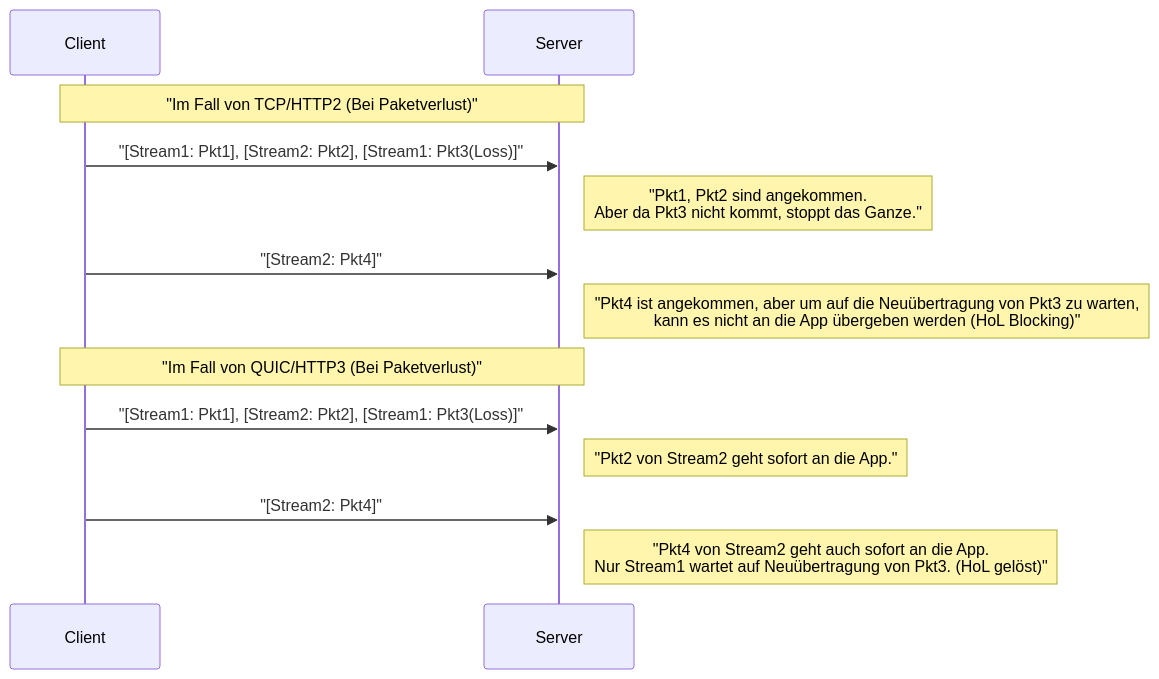
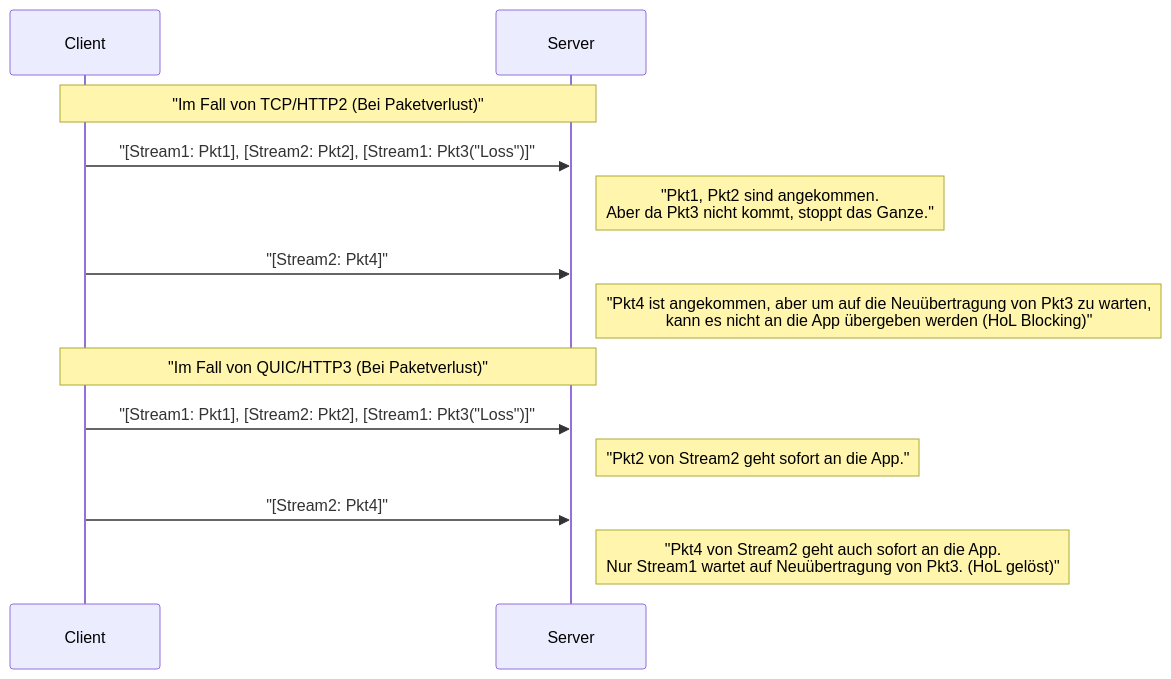
One commit to kenjinote/blog changed the third of 4 diagrams in content/post/http3-quic-protocol-tcp-udp/index.de.md. Above: the diagram before and after it, drawn with Mermaid. The commit also changed 929 other files, not shown here.

Commit message:
fix: Add double quotes to all Mermaid node texts to resolve syntax errors

````diff
--- a/content/post/http3-quic-protocol-tcp-udp/index.de.md
+++ b/content/post/http3-quic-protocol-tcp-udp/index.de.md
@@ -143,17 +143,17 @@
 ```mermaid
 sequenceDiagram
     participant Client
     participant Server
     
     Note over Client, Server: "Im Fall von TCP/HTTP2 (Bei Paketverlust)"
-    Client->>Server: "[Stream1: Pkt1], [Stream2: Pkt2], [Stream1: Pkt3(Loss)]"
+    Client->>Server: "[Stream1: Pkt1], [Stream2: Pkt2], [Stream1: Pkt3("Loss")]"
     Note right of Server: "Pkt1, Pkt2 sind angekommen.<br/>Aber da Pkt3 nicht kommt, stoppt das Ganze."
     Client->>Server: "[Stream2: Pkt4]"
     Note right of Server: "Pkt4 ist angekommen, aber um auf die Neuübertragung von Pkt3 zu warten,<br/>kann es nicht an die App übergeben werden (HoL Blocking)"
     
     Note over Client, Server: "Im Fall von QUIC/HTTP3 (Bei Paketverlust)"
-    Client->>Server: "[Stream1: Pkt1], [Stream2: Pkt2], [Stream1: Pkt3(Loss)]"
+    Client->>Server: "[Stream1: Pkt1], [Stream2: Pkt2], [Stream1: Pkt3("Loss")]"
     Note right of Server: "Pkt2 von Stream2 geht sofort an die App."
     Client->>Server: "[Stream2: Pkt4]"
     Note right of Server: "Pkt4 von Stream2 geht auch sofort an die App.<br/>Nur Stream1 wartet auf Neuübertragung von Pkt3. (HoL gelöst)"
 ```
````
